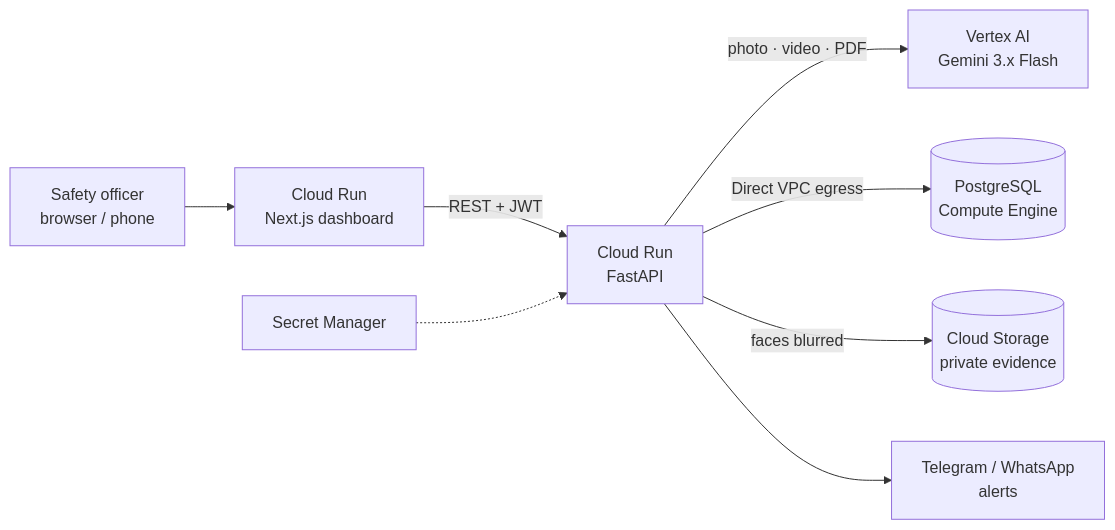
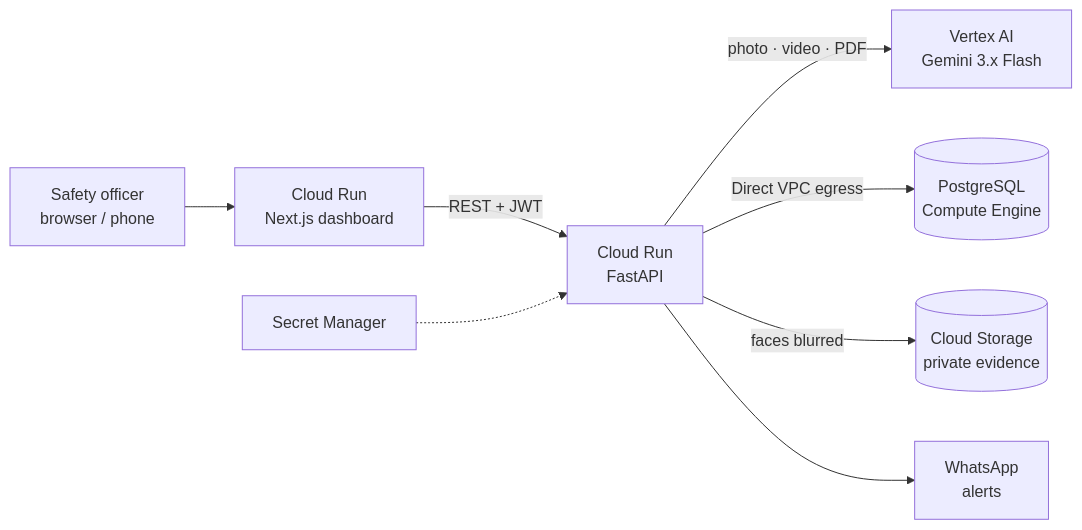
The diagram in README.md (ahmadhadist/ai-safety-platform), drawn with Mermaid before and after one commit. The commit also changed other lines of this file and 6 other files, not shown here.

Commit message:
chore: drop Telegram alerts; WhatsApp is the only alert channel

````diff
--- a/README.md
+++ b/README.md
@@ -50,10 +50,10 @@
 ```mermaid
 flowchart LR
     U[Safety officer<br/>browser / phone] --> W[Cloud Run<br/>Next.js dashboard]
     W -->|REST + JWT| A[Cloud Run<br/>FastAPI]
     A -->|photo · video · PDF| G[Vertex AI<br/>Gemini 3.x Flash]
     A -->|Direct VPC egress| DB[(PostgreSQL<br/>Compute Engine)]
     A -->|faces blurred| S[(Cloud Storage<br/>private evidence)]
-    A --> N[Telegram / WhatsApp<br/>alerts]
+    A --> N[WhatsApp<br/>alerts]
     SM[Secret Manager] -.-> A
 ```
````
